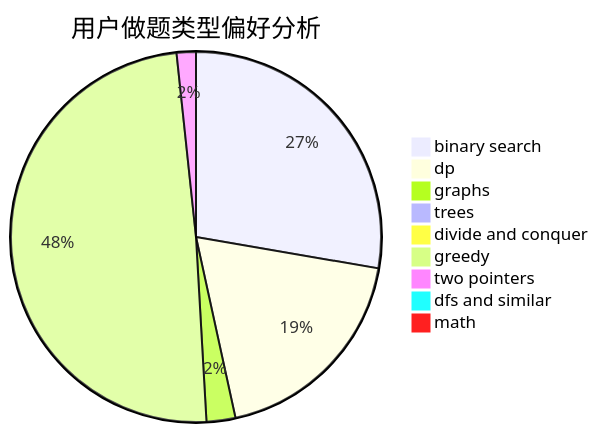
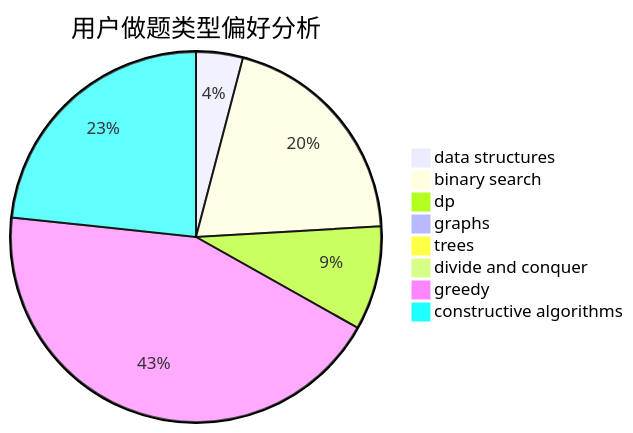
Before and after one commit to sherpahu/cfrs.github.io: the second of 3 diagrams in docs/user/u1064.md, drawn with Mermaid. The commit also changed other lines of this file and 2775 other files, not shown here.

````diff
--- a/docs/user/u1064.md
+++ b/docs/user/u1064.md
@@ -23,12 +23,11 @@
 ```mermaid
 pie title 用户做题类型偏好分析
-    "binary search" :  429
-    "dp" :  292
-    "graphs" :  39
-    "trees" :  10
+    "data structures" :  59
+    "binary search" :  289
+    "dp" :  131
+    "graphs" :  6
+    "trees" :  6
     "divide and conquer" :  0
-    "greedy" :  762
-    "two pointers" :  26
-    "dfs and similar" :  10
-    "math" :  10
+    "greedy" :  629
+    "constructive algorithms" :  337
 ```
````
